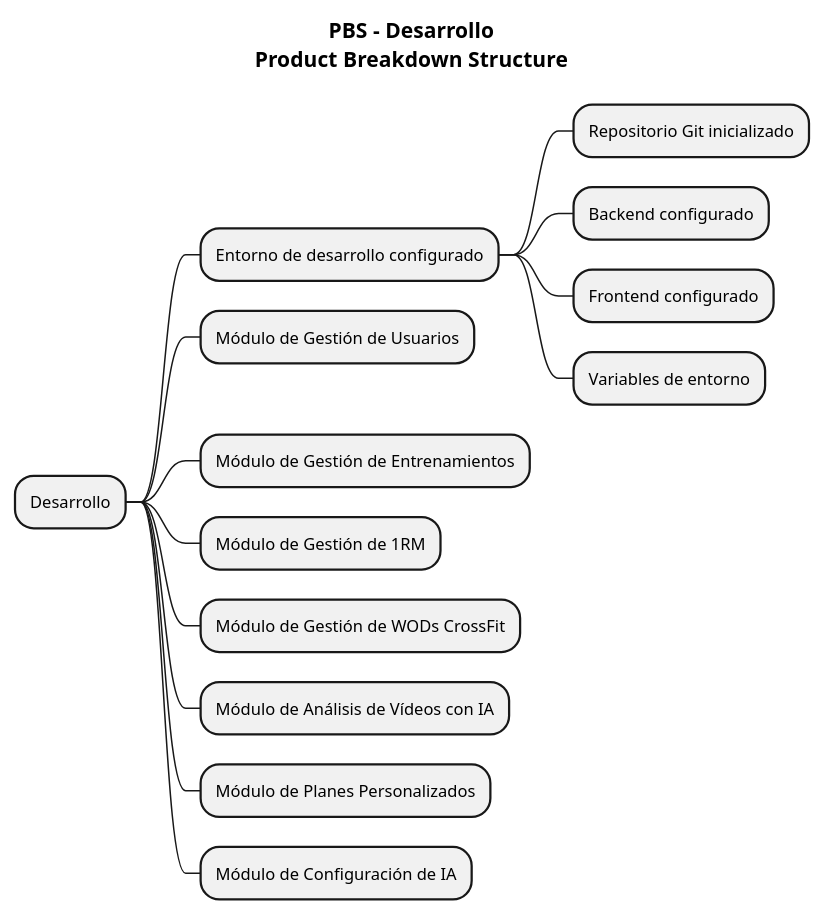
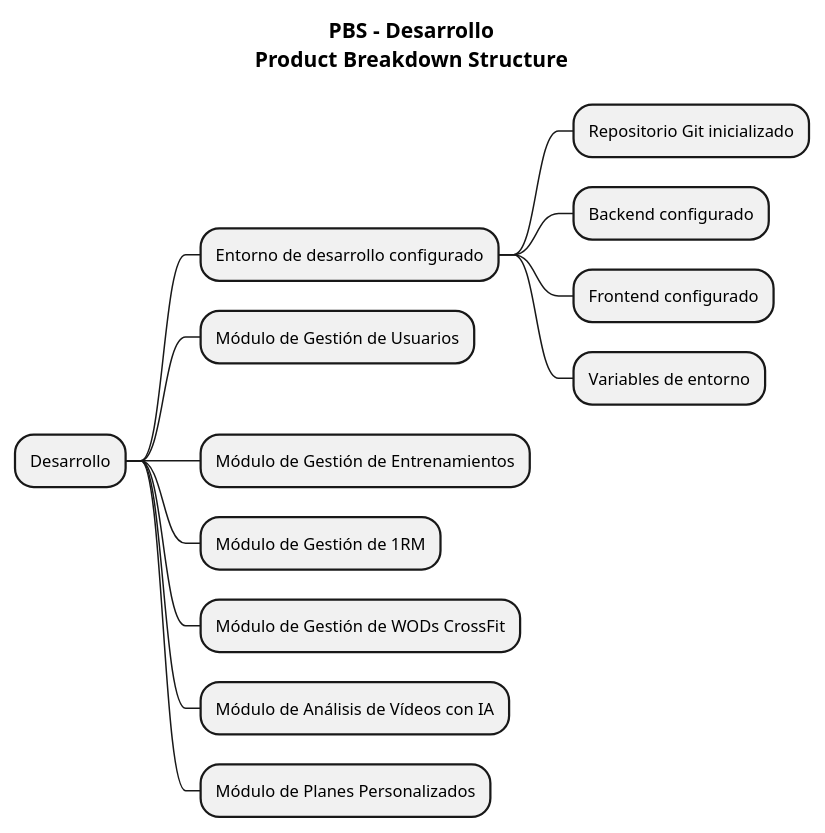
The diagram in docs/pbs/diagrama-pbs-desarrollo.puml (enolRodriguezHevia/tfg-wodbuster-ai), drawn with PlantUML before and after one commit. The commit also changed 43 other files, not shown here.

```diff
--- a/docs/pbs/diagrama-pbs-desarrollo.puml
+++ b/docs/pbs/diagrama-pbs-desarrollo.puml
@@ -1,31 +1,30 @@
 @startmindmap
 
 skinparam backgroundColor #FFFFFF
 skinparam shadowing false
 skinparam defaultFontSize 11
 skinparam mindmapDiagram {
   node {
     BackgroundColor lightGray
   }
   rootNode {
     BackgroundColor white
   }
 }
 
 title PBS - Desarrollo\nProduct Breakdown Structure
 
 * Desarrollo
 ** Entorno de desarrollo configurado
 *** Repositorio Git inicializado
 *** Backend configurado
 *** Frontend configurado
 *** Variables de entorno
 ** Módulo de Gestión de Usuarios
 ** Módulo de Gestión de Entrenamientos
 ** Módulo de Gestión de 1RM
 ** Módulo de Gestión de WODs CrossFit
 ** Módulo de Análisis de Vídeos con IA
 ** Módulo de Planes Personalizados
-** Módulo de Configuración de IA
 
 @endmindmap
```
